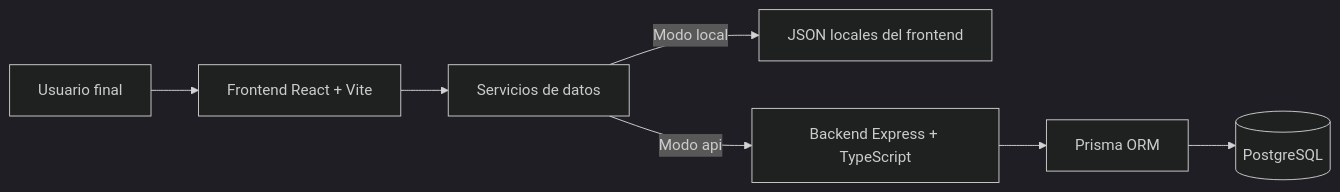
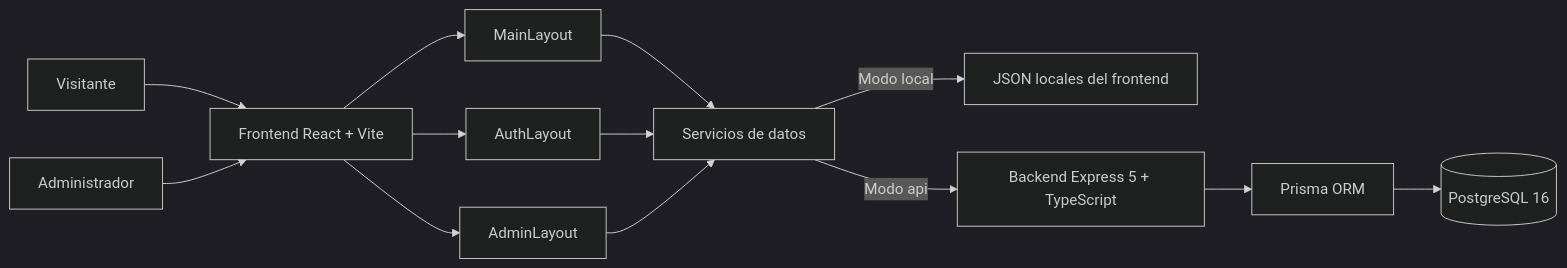
The first of 5 diagrams in docs-engineering/architecture/arquitectura-general.md (GRAN-J/sportmetric), drawn with Mermaid (dark theme) before and after one commit. The commit also changed other lines of this file and 7 other files, not shown here.

````diff
--- a/docs-engineering/architecture/arquitectura-general.md
+++ b/docs-engineering/architecture/arquitectura-general.md
@@ -9,9 +9,15 @@
 ```mermaid
 flowchart LR
-    Usuario[Usuario final] --> Frontend[Frontend React + Vite]
-    Frontend --> Servicios[Servicios de datos]
+    Visitante[Visitante] --> Frontend[Frontend React + Vite]
+    Admin[Administrador] --> Frontend
+    Frontend --> AuthLayout[AuthLayout]
+    Frontend --> MainLayout[MainLayout]
+    Frontend --> AdminLayout[AdminLayout]
+    MainLayout --> Servicios[Servicios de datos]
+    AuthLayout --> Servicios
+    AdminLayout --> Servicios
     Servicios -->|Modo local| Json[JSON locales del frontend]
-    Servicios -->|Modo api| Backend[Backend Express + TypeScript]
+    Servicios -->|Modo api| Backend[Backend Express 5 + TypeScript]
     Backend --> Prisma[Prisma ORM]
-    Prisma --> PostgreSQL[(PostgreSQL)]
+    Prisma --> PostgreSQL[(PostgreSQL 16)]
 ```
````
